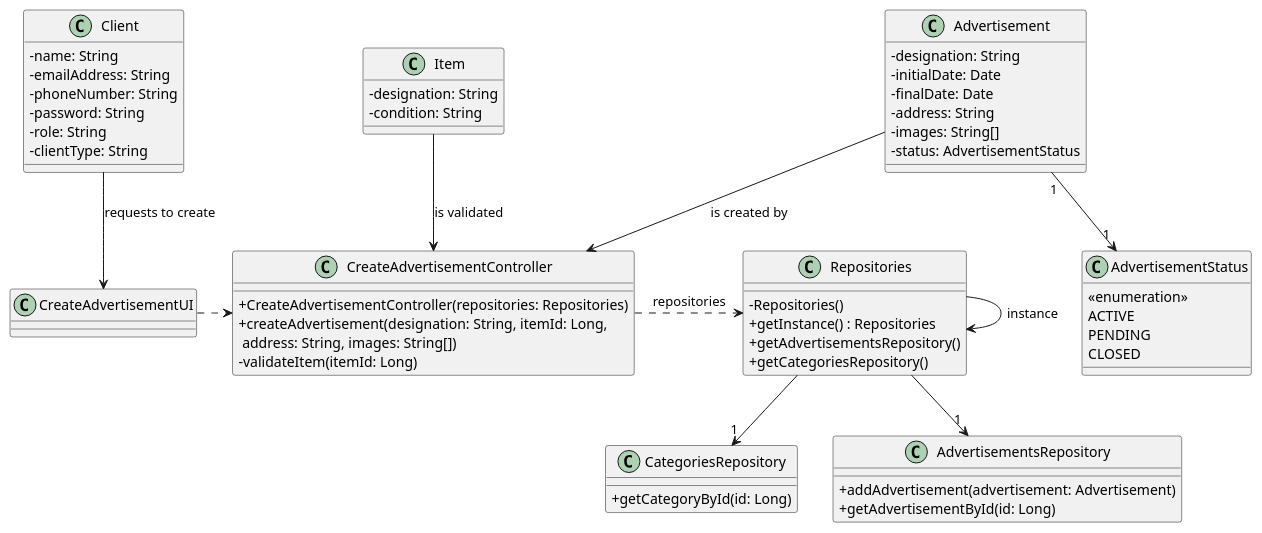
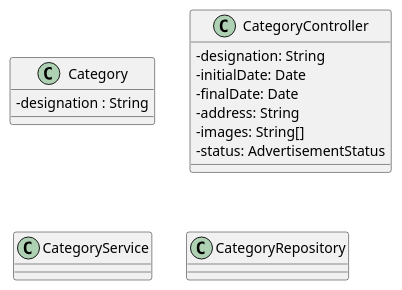
The diagram in Docs/US03/03-design/US03-CD.puml (vivianeaalmeida/ComeAndGet), drawn with PlantUML before and after one commit. The commit also changed 5 other files, not shown here.

```diff
--- a/Docs/US03/03-design/US03-CD.puml
+++ b/Docs/US03/03-design/US03-CD.puml
@@ -1,78 +1,28 @@
 @startuml
 skinparam packageStyle rectangle
 skinparam shadowing false
 skinparam linetype polyline
 skinparam classAttributeIconSize 0
 
-class Client {
-    - name: String
-    - emailAddress: String
-    - phoneNumber: String
-    - password: String
-    - role: String
-    - clientType: String
+class Category {
+    - designation : String
 }
 
-class Item {
-    - designation: String
-    - condition: String
-}
-
-class Advertisement {
+class CategoryController {
     - designation: String
     - initialDate: Date
     - finalDate: Date
     - address: String
     - images: String[]
     - status: AdvertisementStatus
 }
 
-class AdvertisementStatus {
-    <<enumeration>>
-    ACTIVE
-    PENDING
-    CLOSED
+class CategoryService {
 }
 
-class CategoriesRepository {
-    + getCategoryById(id: Long)
+class CategoryRepository {
+
 }
 
-class AdvertisementsRepository {
-    + addAdvertisement(advertisement: Advertisement)
-    + getAdvertisementById(id: Long)
-}
 
-class Repositories {
-    - Repositories()
-    + getInstance() : Repositories
-    + getAdvertisementsRepository()
-    + getCategoriesRepository()
-}
-
-class CreateAdvertisementController {
-    + CreateAdvertisementController(repositories: Repositories)
-    + createAdvertisement(designation: String, itemId: Long,\n address: String, images: String[])
-    - validateItem(itemId: Long)
-}
-
-class CreateAdvertisementUI {
-}
-
-' --- Relacionamentos ---
-Repositories --> Repositories : instance
-
-CreateAdvertisementUI .> CreateAdvertisementController
-
-CreateAdvertisementController .> Repositories : repositories
-
-Repositories --> "1" AdvertisementsRepository
-Repositories --> "1" CategoriesRepository
-
-Client --> CreateAdvertisementUI : requests to create
-
-Advertisement --> CreateAdvertisementController : is created by
-Item --> CreateAdvertisementController : is validated
-
-Advertisement "1" --> "1" AdvertisementStatus
 @enduml
```
